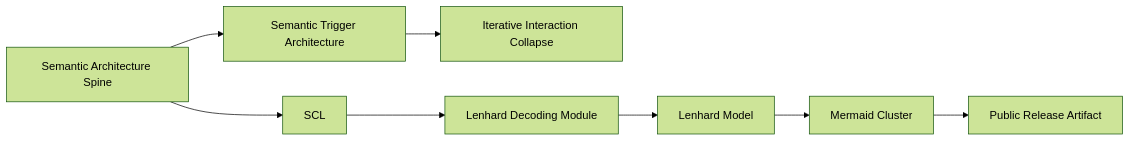
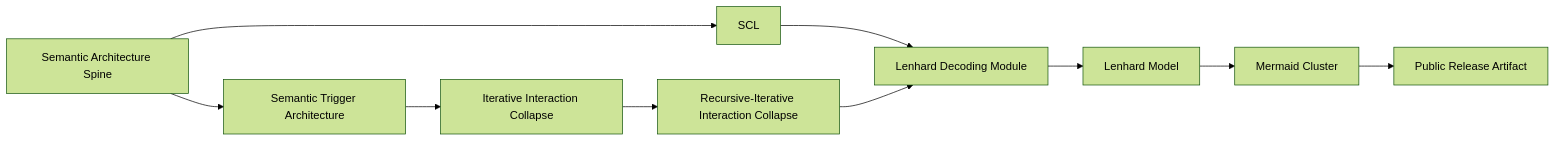
One commit to Terra-Nova-Restore/TerraNova-s-Framework changed the diagram in docs/atlas/semantic_spine_registry.md. Above: the diagram before and after it, drawn with Mermaid (forest theme). The commit also changed other lines of this file and 13 other files, not shown here.

Commit message:
docs: add recursive iterative collapse target

````diff
--- a/docs/atlas/semantic_spine_registry.md
+++ b/docs/atlas/semantic_spine_registry.md
@@ -47,19 +48,22 @@
 ```mermaid
 flowchart LR
     SPINE["Semantic Architecture Spine"]
     SCL["SCL"]
     TRG["Semantic Trigger Architecture"]
     IIC["Iterative Interaction Collapse"]
+    RIIC["Recursive-Iterative Interaction Collapse"]
     LDM["Lenhard Decoding Module"]
     LM["Lenhard Model"]
     MMD["Mermaid Cluster"]
     REL["Public Release Artifact"]
 
     SPINE --> SCL
     SPINE --> TRG
     TRG --> IIC
+    IIC --> RIIC
     SCL --> LDM
+    RIIC --> LDM
     LDM --> LM
     LM --> MMD
     MMD --> REL
 ```
````
